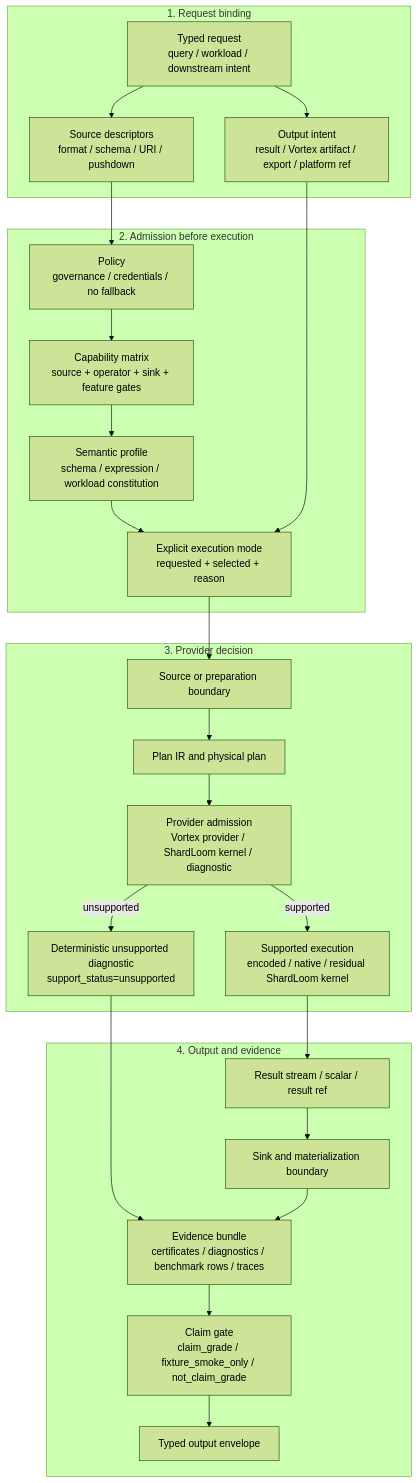
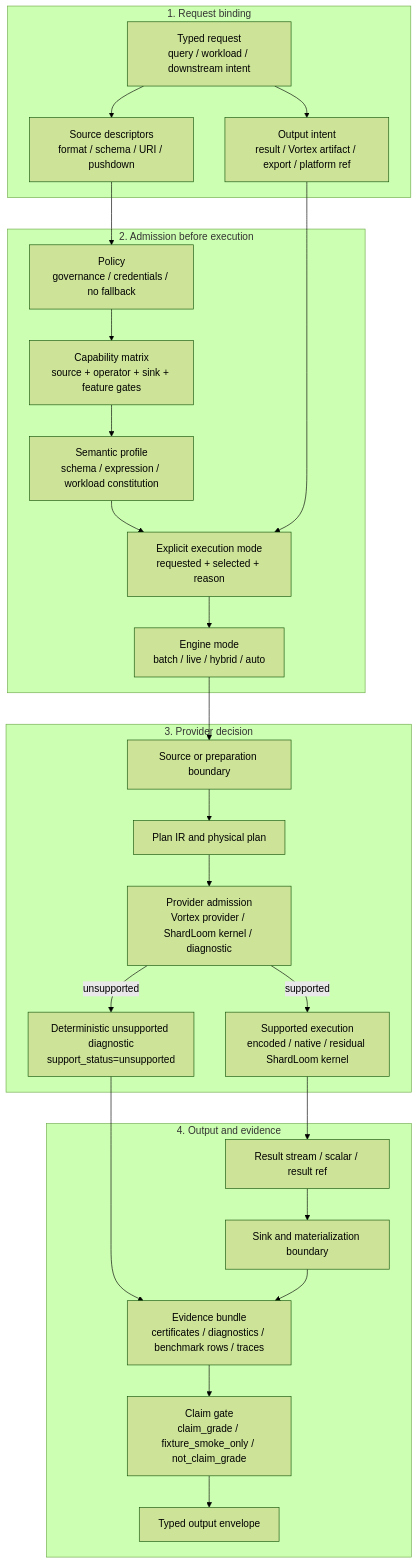
One commit to depsilon/shardloom changed the second of 6 diagrams in docs/architecture/compute-engine-flow-reference.md. Above: the diagram before and after it, drawn with Mermaid (forest theme). The commit also changed other lines of this file and 8 other files, not shown here.

````diff
--- a/docs/architecture/compute-engine-flow-reference.md
+++ b/docs/architecture/compute-engine-flow-reference.md
@@ -141,40 +144,41 @@
 ```mermaid
 flowchart TD
     subgraph REQUEST_PHASE["1. Request binding"]
         REQUEST["Typed request<br/>query / workload / downstream intent"]
         SOURCE["Source descriptors<br/>format / schema / URI / pushdown"]
         OUTPUT_INTENT["Output intent<br/>result / Vortex artifact / export / platform ref"]
     end
 
     subgraph ADMISSION_PHASE["2. Admission before execution"]
         POLICY["Policy<br/>governance / credentials / no fallback"]
         CAPABILITY["Capability matrix<br/>source + operator + sink + feature gates"]
         SEMANTICS["Semantic profile<br/>schema / expression / workload constitution"]
         MODE["Explicit execution mode<br/>requested + selected + reason"]
+        ENGINE["Engine mode<br/>batch / live / hybrid / auto"]
     end
 
     subgraph EXECUTION_PHASE["3. Provider decision"]
         BOUNDARY["Source or preparation boundary"]
         PLAN["Plan IR and physical plan"]
         ADMISSION["Provider admission<br/>Vortex provider / ShardLoom kernel / diagnostic"]
         DIAGNOSTIC["Deterministic unsupported diagnostic<br/>support_status=unsupported"]
         EXECUTE["Supported execution<br/>encoded / native / residual ShardLoom kernel"]
     end
 
     subgraph OUTPUT_PHASE["4. Output and evidence"]
         RESULT["Result stream / scalar / result ref"]
         SINK["Sink and materialization boundary"]
         EVIDENCE["Evidence bundle<br/>certificates / diagnostics / benchmark rows / traces"]
         CLAIM["Claim gate<br/>claim_grade / fixture_smoke_only / not_claim_grade"]
         ENVELOPE["Typed output envelope"]
     end
 
     REQUEST --> SOURCE
     REQUEST --> OUTPUT_INTENT
-    SOURCE --> POLICY --> CAPABILITY --> SEMANTICS --> MODE
+    SOURCE --> POLICY --> CAPABILITY --> SEMANTICS --> MODE --> ENGINE
     OUTPUT_INTENT --> MODE
-    MODE --> BOUNDARY --> PLAN --> ADMISSION
+    ENGINE --> BOUNDARY --> PLAN --> ADMISSION
     ADMISSION -->|"unsupported"| DIAGNOSTIC --> EVIDENCE
     ADMISSION -->|"supported"| EXECUTE --> RESULT --> SINK --> EVIDENCE
     EVIDENCE --> CLAIM --> ENVELOPE
 ```
````
